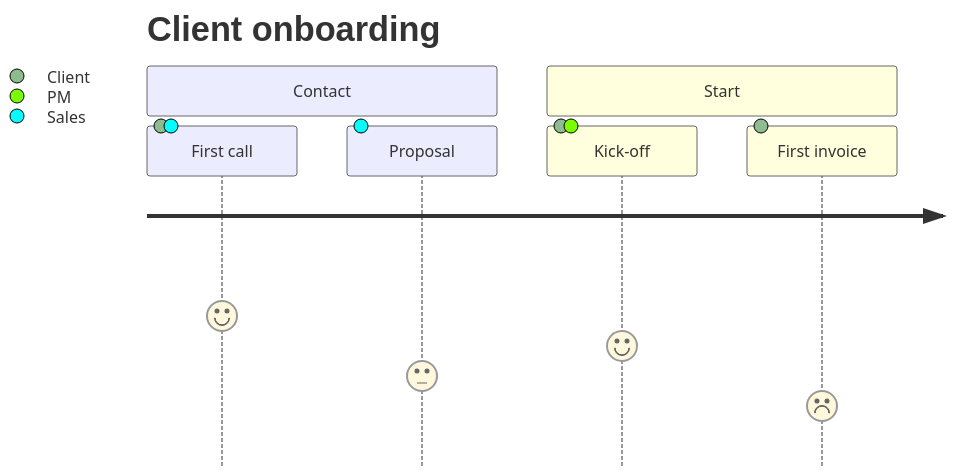
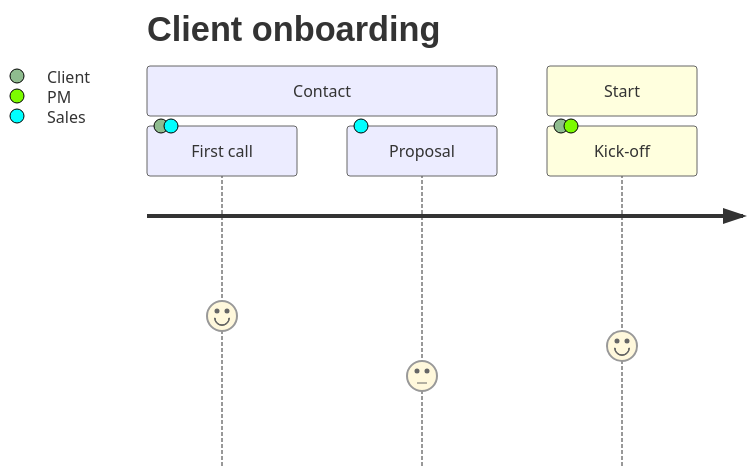
Diagram 12 of 15 in test/fixtures/diagram-gallery.md (4aykas/documentor), drawn with Mermaid before and after one commit. The commit also changed 1 other file, not shown here.

Commit message:
Plan diagram phase 1, and cut the gallery journey to three tasks
At four tasks the journey drew 941 px wide and printed at 7.1 pt, so the gallery itself raised the size warning the checks must keep it free of. Mermaid ignores journey configuration, so the fixture changes, not the drawing; diagrams:hash shows only the journey differs.

````diff
--- a/test/fixtures/diagram-gallery.md
+++ b/test/fixtures/diagram-gallery.md
@@ -154,10 +154,9 @@
 ```mermaid
 journey
   title Client onboarding
   section Contact
     First call: 5: Client, Sales
     Proposal: 3: Sales
   section Start
     Kick-off: 4: Client, PM
-    First invoice: 2: Client
 ```
````
